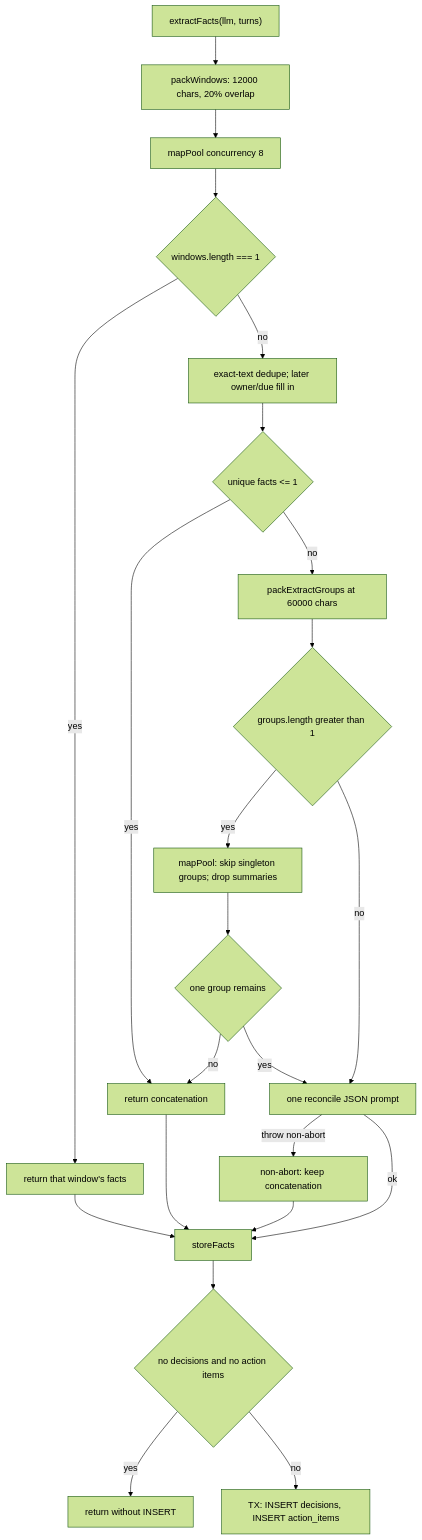
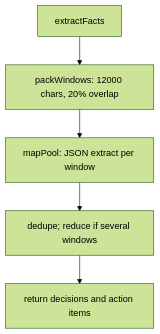
The sixth of 6 diagrams in docs/flows/ingestion.md (adamrefaey/meeting-intelligence), drawn with Mermaid (forest theme) before and after one commit. The commit also changed other lines of this file and 2 other files, not shown here.

````diff
--- a/docs/flows/ingestion.md
+++ b/docs/flows/ingestion.md
@@ -277,36 +131,10 @@
 ```mermaid
 flowchart TD
-  start["extractFacts(llm, turns)"]
+  start["extractFacts"]
   pack["packWindows: 12000 chars, 20% overlap"]
-  map["mapPool concurrency 8"]
-  one{"windows.length === 1"}
-  skip["return that window's facts"]
-  concat["exact-text dedupe; later owner/due fill in"]
-  few{"unique facts <= 1"}
-  skipConcat["return concatenation"]
-  groups["packExtractGroups at 60000 chars"]
-  many{"groups.length greater than 1"}
-  collapse["mapPool: skip singleton groups; drop summaries"]
-  packed{"one group remains"}
-  reduce["one reconcile JSON prompt"]
-  reduceFail["non-abort: keep concatenation"]
-  store["storeFacts"]
-  bothEmpty{"no decisions and no action items"}
-  noop["return without INSERT"]
-  insert["TX: INSERT decisions, INSERT action_items"]
+  map["mapPool: JSON extract per window"]
+  merge["dedupe; reduce if several windows"]
+  facts["return decisions and action items"]
 
-  start --> pack --> map --> one
-  one -->|yes| skip --> store
-  one -->|no| concat --> few
-  few -->|yes| skipConcat --> store
-  few -->|no| groups --> many
-  many -->|yes| collapse --> packed
-  packed -->|yes| reduce
-  packed -->|no| skipConcat
-  many -->|no| reduce
-  reduce -->|throw non-abort| reduceFail --> store
-  reduce -->|ok| store
-  store --> bothEmpty
-  bothEmpty -->|yes| noop
-  bothEmpty -->|no| insert
+  start --> pack --> map --> merge --> facts
 ```
````
